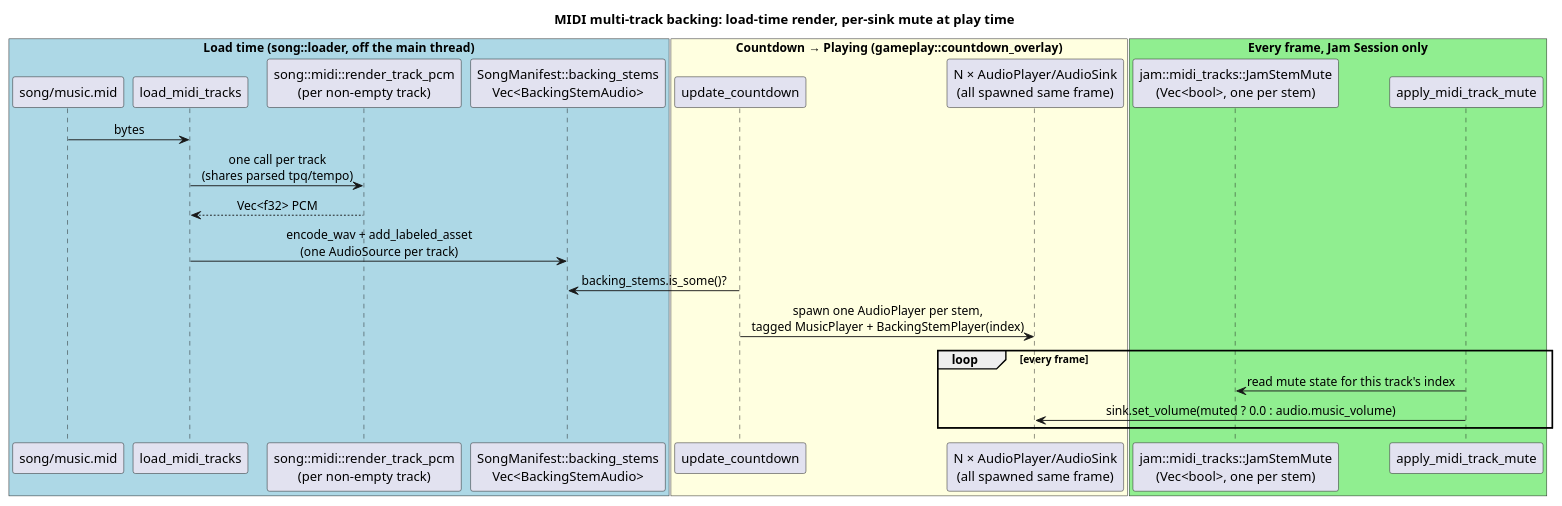
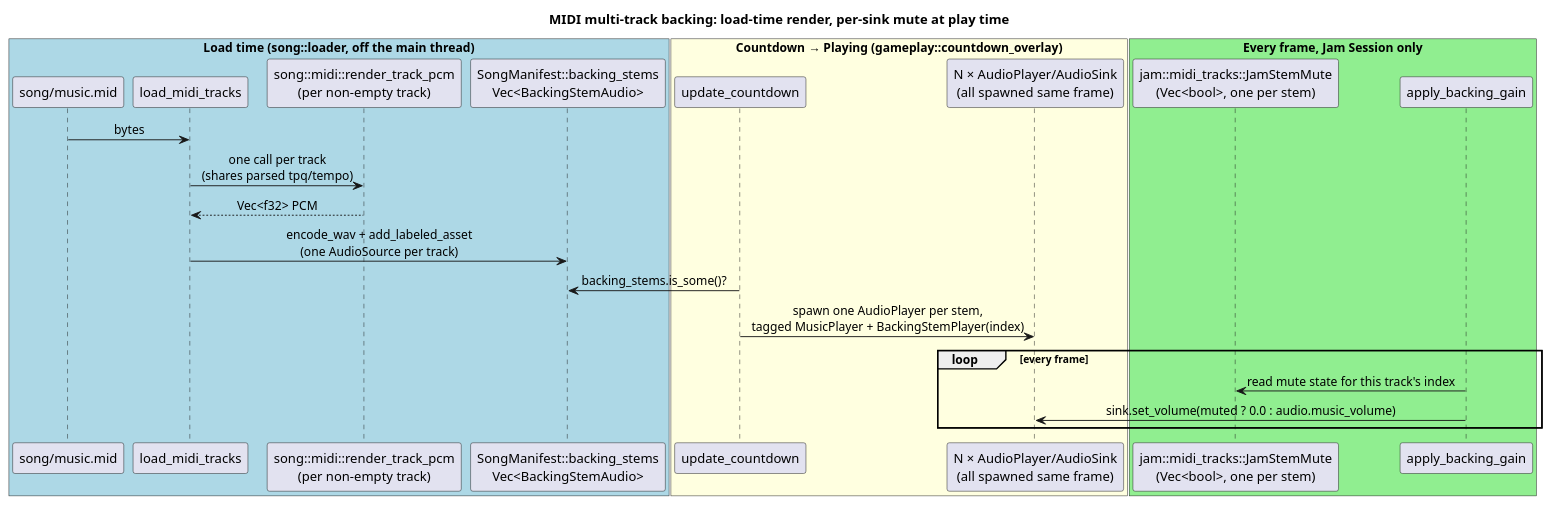
The third of 4 diagrams in contributing/src/jam-session-architecture.md (taupter/harmonicon), drawn with PlantUML before and after one commit. The commit also changed other lines of this file and 26 other files, not shown here.

````diff
--- a/contributing/src/jam-session-architecture.md
+++ b/contributing/src/jam-session-architecture.md
@@ -133,36 +133,36 @@
 ```plantuml
 @startuml
 title MIDI multi-track backing: load-time render, per-sink mute at play time
 skinparam sequenceMessageAlign center
 
 box "Load time (song::loader, off the main thread)" #LightBlue
 participant "song/music.mid" as midfile
 participant "load_midi_tracks" as loader
 participant "song::midi::render_track_pcm\n(per non-empty track)" as render
 participant "SongManifest::backing_stems\nVec<BackingStemAudio>" as manifest
 end box
 
 box "Countdown → Playing (gameplay::countdown_overlay)" #LightYellow
 participant "update_countdown" as countdown
 participant "N × AudioPlayer/AudioSink\n(all spawned same frame)" as sinks
 end box
 
 box "Every frame, Jam Session only" #LightGreen
 participant "jam::midi_tracks::JamStemMute\n(Vec<bool>, one per stem)" as mute
-participant "apply_midi_track_mute" as apply
+participant "apply_backing_gain" as apply
 end box
 
 midfile -> loader : bytes
 loader -> render : one call per track\n(shares parsed tpq/tempo)
 render --> loader : Vec<f32> PCM
 loader -> manifest : encode_wav + add_labeled_asset\n(one AudioSource per track)
 
 countdown -> manifest : backing_stems.is_some()?
 countdown -> sinks : spawn one AudioPlayer per stem,\ntagged MusicPlayer + BackingStemPlayer(index)
 
 loop every frame
   apply -> mute : read mute state for this track's index
   apply -> sinks : sink.set_volume(muted ? 0.0 : audio.music_volume)
 end
 @enduml
 ```
````
